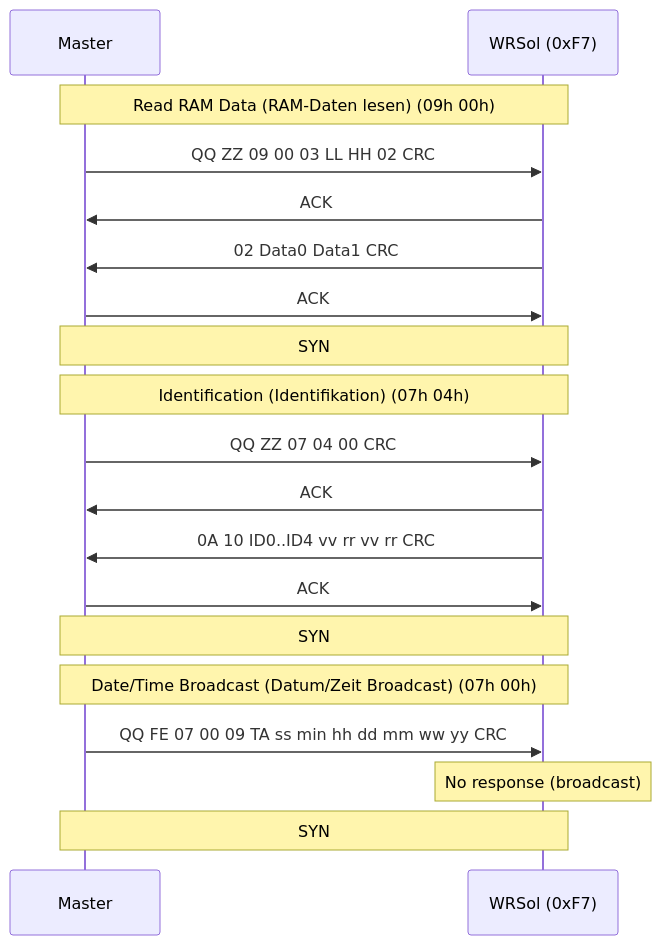
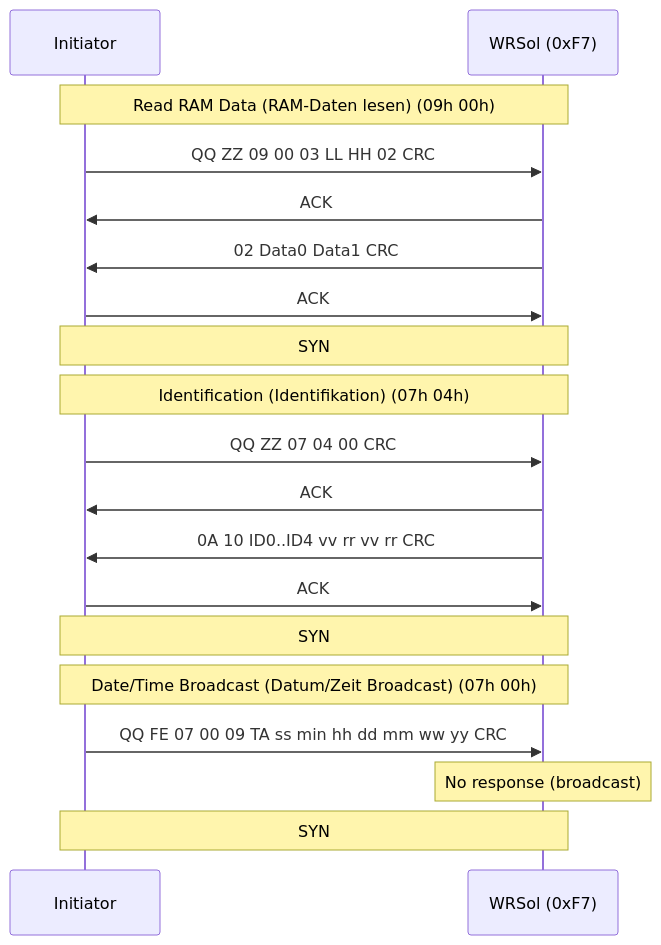
Before and after one commit to Project-Helianthus/helianthus-docs-ebus: the second of 2 diagrams in protocols/weishaupt/weishaupt-wrsol.md, drawn with Mermaid. The commit also changed other lines of this file and 48 other files, not shown here.

````diff
--- a/protocols/weishaupt/weishaupt-wrsol.md
+++ b/protocols/weishaupt/weishaupt-wrsol.md
@@ -302,24 +306,24 @@
 ```mermaid
 sequenceDiagram
-    participant Master
+    participant Initiator
     participant WRSol as WRSol (0xF7)
 
-    Note over Master,WRSol: Read RAM Data (RAM-Daten lesen) (09h 00h)
-    Master->>WRSol: QQ ZZ 09 00 03 LL HH 02 CRC
-    WRSol->>Master: ACK
-    WRSol->>Master: 02 Data0 Data1 CRC
-    Master->>WRSol: ACK
-    Note over Master,WRSol: SYN
+    Note over Initiator,WRSol: Read RAM Data (RAM-Daten lesen) (09h 00h)
+    Initiator->>WRSol: QQ ZZ 09 00 03 LL HH 02 CRC
+    WRSol->>Initiator: ACK
+    WRSol->>Initiator: 02 Data0 Data1 CRC
+    Initiator->>WRSol: ACK
+    Note over Initiator,WRSol: SYN
 
-    Note over Master,WRSol: Identification (Identifikation) (07h 04h)
-    Master->>WRSol: QQ ZZ 07 04 00 CRC
-    WRSol->>Master: ACK
-    WRSol->>Master: 0A 10 ID0..ID4 vv rr vv rr CRC
-    Master->>WRSol: ACK
-    Note over Master,WRSol: SYN
+    Note over Initiator,WRSol: Identification (Identifikation) (07h 04h)
+    Initiator->>WRSol: QQ ZZ 07 04 00 CRC
+    WRSol->>Initiator: ACK
+    WRSol->>Initiator: 0A 10 ID0..ID4 vv rr vv rr CRC
+    Initiator->>WRSol: ACK
+    Note over Initiator,WRSol: SYN
 
-    Note over Master,WRSol: Date/Time Broadcast (Datum/Zeit Broadcast) (07h 00h)
-    Master->>WRSol: QQ FE 07 00 09 TA ss min hh dd mm ww yy CRC
+    Note over Initiator,WRSol: Date/Time Broadcast (Datum/Zeit Broadcast) (07h 00h)
+    Initiator->>WRSol: QQ FE 07 00 09 TA ss min hh dd mm ww yy CRC
     Note over WRSol: No response (broadcast)
-    Note over Master,WRSol: SYN
+    Note over Initiator,WRSol: SYN
 ```
````
